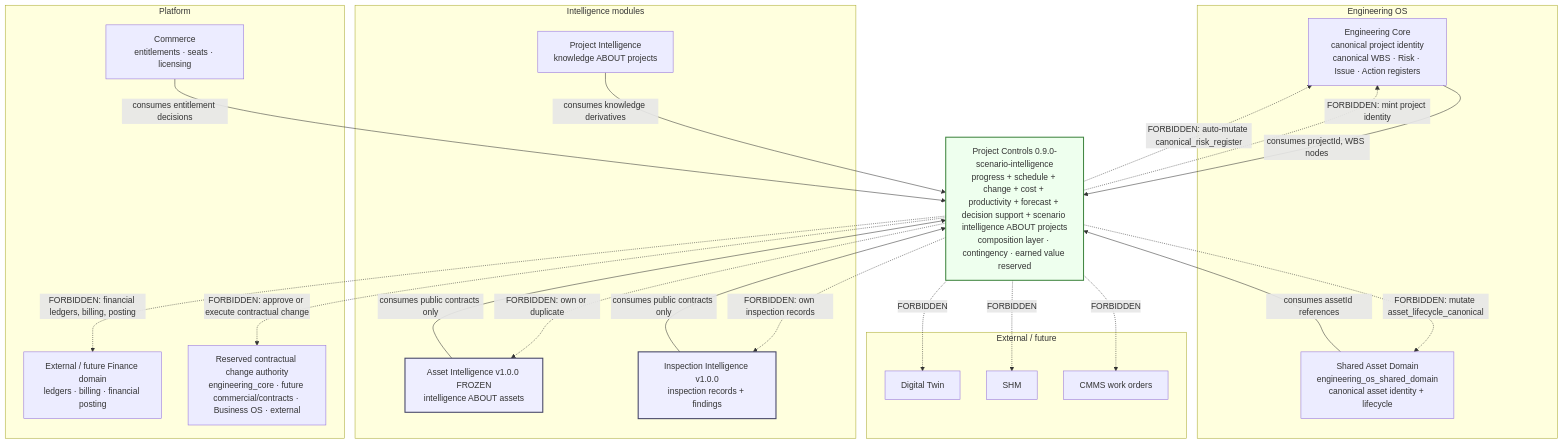
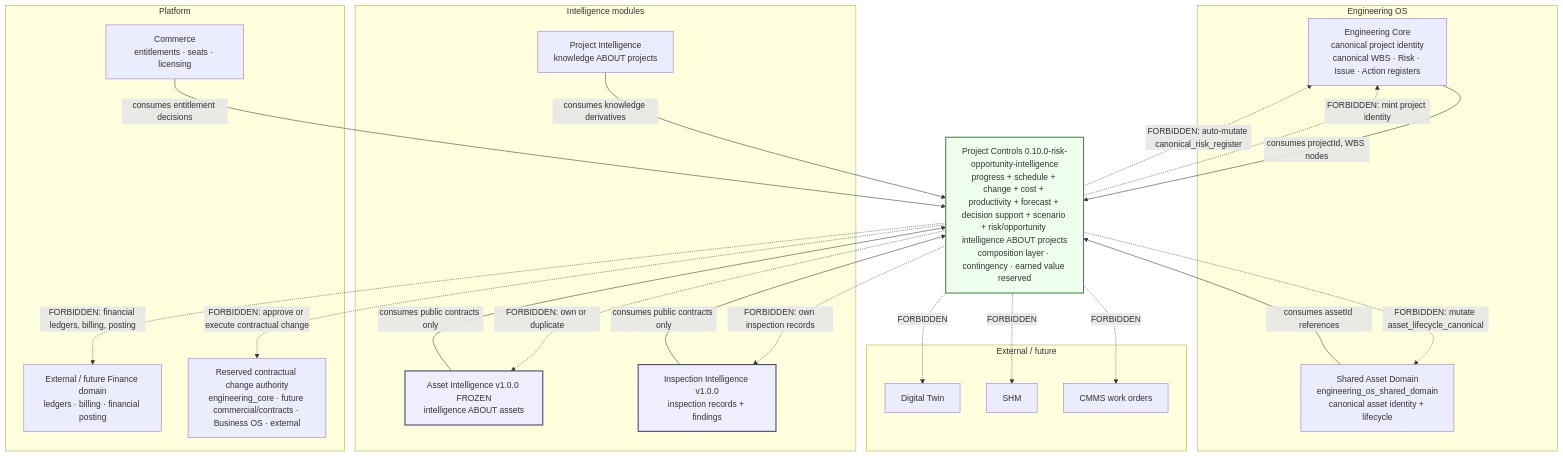
Before and after one commit to sberso2026/AI-Platform: the diagram in docs/architecture/PROJECT_CONTROLS_BOUNDARY_MAP.md, drawn with Mermaid. The commit also changed other lines of this file and 40 other files, not shown here.

Commit message:
Implement Phase 11J risk and opportunity intelligence with governed advisory signals.

````diff
--- a/docs/architecture/PROJECT_CONTROLS_BOUNDARY_MAP.md
+++ b/docs/architecture/PROJECT_CONTROLS_BOUNDARY_MAP.md
@@ -11,50 +11,50 @@
 ```mermaid
 flowchart TB
   subgraph EOS["Engineering OS"]
     CORE["Engineering Core<br/>canonical project identity<br/>canonical WBS · Risk · Issue · Action registers"]
     SHARED["Shared Asset Domain<br/>engineering_os_shared_domain<br/>canonical asset identity + lifecycle"]
   end
 
   subgraph MODULES["Intelligence modules"]
     PI["Project Intelligence<br/>knowledge ABOUT projects"]
     AI["Asset Intelligence v1.0.0 FROZEN<br/>intelligence ABOUT assets"]
     II["Inspection Intelligence v1.0.0<br/>inspection records + findings"]
   end
 
   subgraph PLATFORM["Platform"]
     COMMERCE["Commerce<br/>entitlements · seats · licensing"]
     FINANCE["External / future Finance domain<br/>ledgers · billing · financial posting"]
     CONTRACTS["Reserved contractual change authority<br/>engineering_core · future commercial/contracts · Business OS · external"]
   end
 
   subgraph EXTERNAL["External / future"]
     TWIN["Digital Twin"]
     SHM["SHM"]
     CMMS["CMMS work orders"]
   end
 
-  PC["Project Controls 0.9.0-scenario-intelligence<br/>progress + schedule + change + cost + productivity + forecast + decision support + scenario intelligence ABOUT projects<br/>composition layer · contingency · earned value reserved"]
+  PC["Project Controls 0.10.0-risk-opportunity-intelligence<br/>progress + schedule + change + cost + productivity + forecast + decision support + scenario + risk/opportunity intelligence ABOUT projects<br/>composition layer · contingency · earned value reserved"]
 
   CORE -->|consumes projectId, WBS nodes| PC
   PI -->|consumes knowledge derivatives| PC
   AI -->|consumes public contracts only| PC
   II -->|consumes public contracts only| PC
   COMMERCE -->|consumes entitlement decisions| PC
   SHARED -->|consumes assetId references| PC
 
   PC -.->|FORBIDDEN: mint project identity| CORE
   PC -.->|FORBIDDEN: auto-mutate canonical_risk_register| CORE
   PC -.->|FORBIDDEN: mutate asset_lifecycle_canonical| SHARED
   PC -.->|FORBIDDEN: own or duplicate| AI
   PC -.->|FORBIDDEN: own inspection records| II
   PC -.->|FORBIDDEN: financial ledgers, billing, posting| FINANCE
   PC -.->|FORBIDDEN: approve or execute contractual change| CONTRACTS
   PC -.->|FORBIDDEN| TWIN
   PC -.->|FORBIDDEN| SHM
   PC -.->|FORBIDDEN| CMMS
 
   classDef frozen fill:#eef,stroke:#446,stroke-width:2px;
   classDef pc fill:#efe,stroke:#484,stroke-width:2px;
   class AI,II frozen;
   class PC pc;
 ```
````
